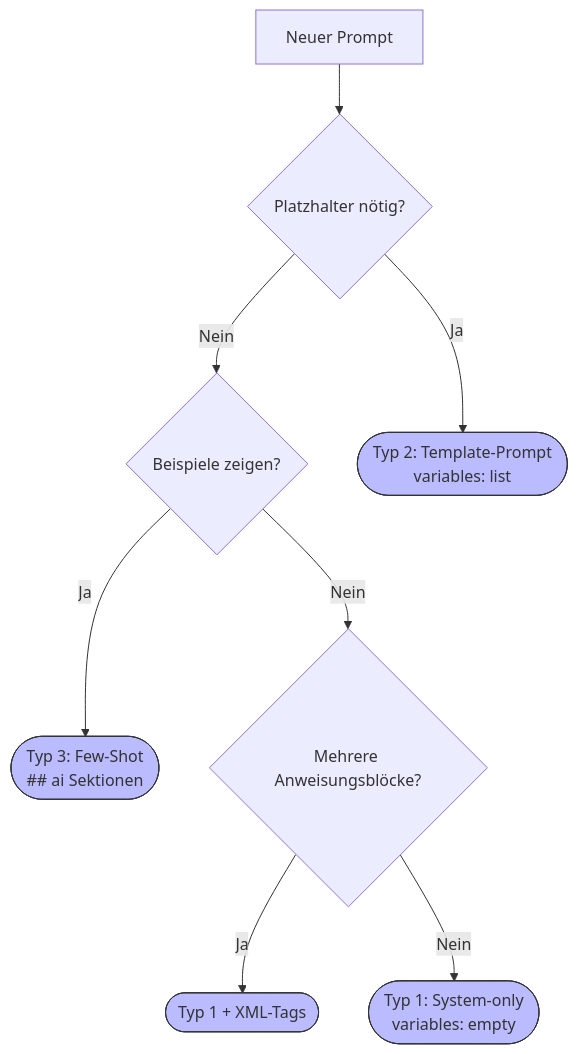
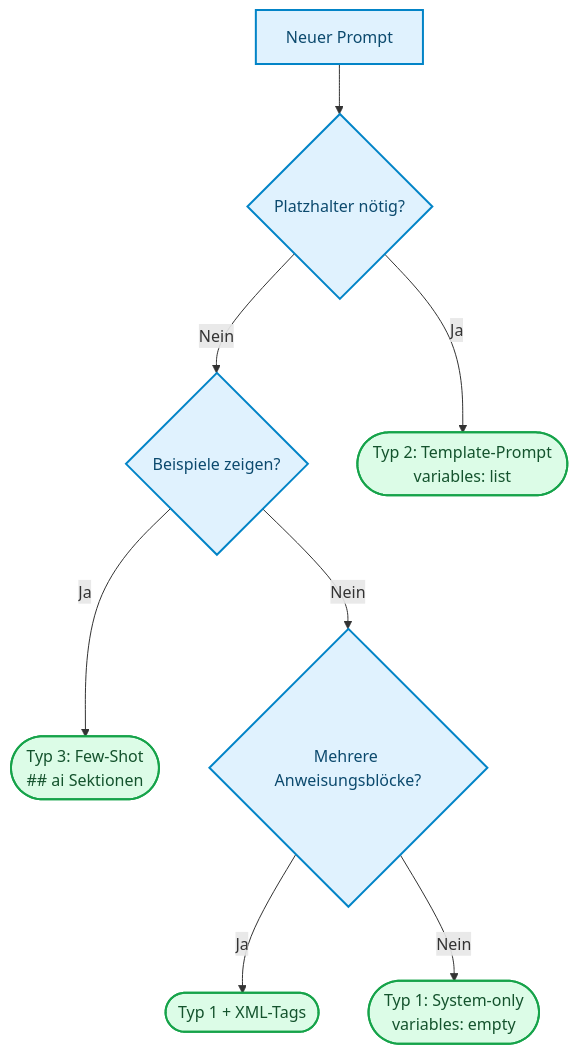
The diagram in docs/04-agenten-implementierung/entwurf/einsteiger-prompts.md (ralf-42/Agenten), drawn with Mermaid before and after one commit. The commit also changed 15 other files, not shown here.

````diff
--- a/docs/04-agenten-implementierung/entwurf/einsteiger-prompts.md
+++ b/docs/04-agenten-implementierung/entwurf/einsteiger-prompts.md
@@ -380,13 +380,14 @@
 ```mermaid
 flowchart TD
     A[Neuer Prompt] --> B{Platzhalter nötig?}
     B -->|Nein| C{Beispiele zeigen?}
     B -->|Ja| D([Typ 2: Template-Prompt<br>variables: list])
     C -->|Ja| E([Typ 3: Few-Shot<br>## ai Sektionen])
     C -->|Nein| F{Mehrere Anweisungsblöcke?}
     F -->|Ja| G([Typ 1 + XML-Tags])
     F -->|Nein| H([Typ 1: System-only<br>variables: empty])
 
-    classDef solution fill:#bbf,stroke:#333,stroke-width:1px
-    class D,E,G,H solution
+    classDef default fill:#e0f2fe,stroke:#0284c7,stroke-width:2px,color:#0c4a6e;
+    classDef output fill:#dcfce7,stroke:#16a34a,stroke-width:2px,color:#14532d;
+    class D,E,G,H output;
 ```
````
